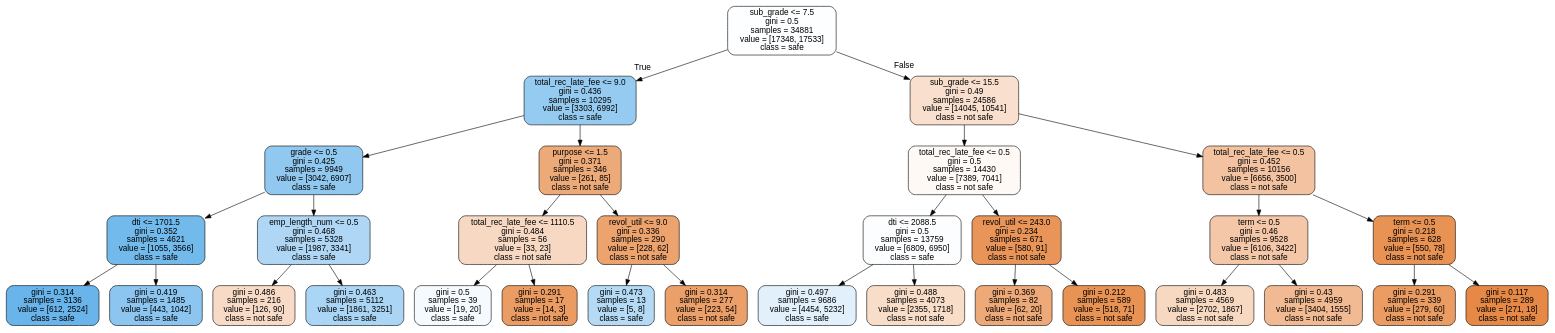
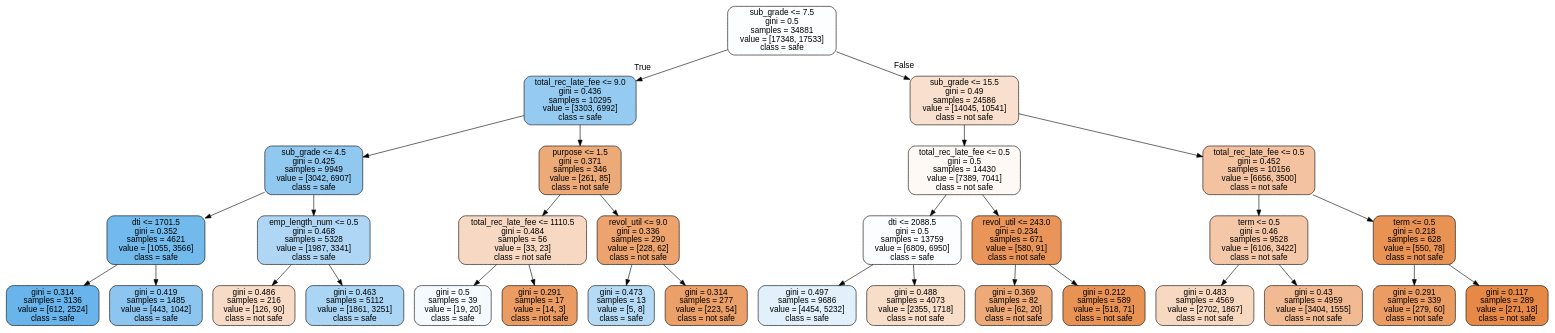
One commit to xiaoxiaoyao/MyApp changed the diagram in jupyter_notebook/safe-loans.dot. Above: the diagram before and after it, drawn with Graphviz. The commit also changed 8 other files, not shown here.

```diff
--- a/jupyter_notebook/safe-loans.dot
+++ b/jupyter_notebook/safe-loans.dot
@@ -1,65 +1,65 @@
 digraph Tree {
 node [shape=box, style="filled, rounded", color="black", fontname=helvetica] ;
 edge [fontname=helvetica] ;
 0 [label="sub_grade <= 7.5\ngini = 0.5\nsamples = 34881\nvalue = [17348, 17533]\nclass = safe", fillcolor="#399de503"] ;
 1 [label="total_rec_late_fee <= 9.0\ngini = 0.436\nsamples = 10295\nvalue = [3303, 6992]\nclass = safe", fillcolor="#399de587"] ;
 0 -> 1 [labeldistance=2.5, labelangle=45, headlabel="True"] ;
-2 [label="grade <= 0.5\ngini = 0.425\nsamples = 9949\nvalue = [3042, 6907]\nclass = safe", fillcolor="#399de58f"] ;
+2 [label="sub_grade <= 4.5\ngini = 0.425\nsamples = 9949\nvalue = [3042, 6907]\nclass = safe", fillcolor="#399de58f"] ;
 1 -> 2 ;
 3 [label="dti <= 1701.5\ngini = 0.352\nsamples = 4621\nvalue = [1055, 3566]\nclass = safe", fillcolor="#399de5b4"] ;
 2 -> 3 ;
 4 [label="gini = 0.314\nsamples = 3136\nvalue = [612, 2524]\nclass = safe", fillcolor="#399de5c1"] ;
 3 -> 4 ;
 5 [label="gini = 0.419\nsamples = 1485\nvalue = [443, 1042]\nclass = safe", fillcolor="#399de593"] ;
 3 -> 5 ;
 6 [label="emp_length_num <= 0.5\ngini = 0.468\nsamples = 5328\nvalue = [1987, 3341]\nclass = safe", fillcolor="#399de567"] ;
 2 -> 6 ;
 7 [label="gini = 0.486\nsamples = 216\nvalue = [126, 90]\nclass = not safe", fillcolor="#e5813949"] ;
 6 -> 7 ;
 8 [label="gini = 0.463\nsamples = 5112\nvalue = [1861, 3251]\nclass = safe", fillcolor="#399de56d"] ;
 6 -> 8 ;
 9 [label="purpose <= 1.5\ngini = 0.371\nsamples = 346\nvalue = [261, 85]\nclass = not safe", fillcolor="#e58139ac"] ;
 1 -> 9 ;
 10 [label="total_rec_late_fee <= 1110.5\ngini = 0.484\nsamples = 56\nvalue = [33, 23]\nclass = not safe", fillcolor="#e581394d"] ;
 9 -> 10 ;
 11 [label="gini = 0.5\nsamples = 39\nvalue = [19, 20]\nclass = safe", fillcolor="#399de50d"] ;
 10 -> 11 ;
 12 [label="gini = 0.291\nsamples = 17\nvalue = [14, 3]\nclass = not safe", fillcolor="#e58139c8"] ;
 10 -> 12 ;
 13 [label="revol_util <= 9.0\ngini = 0.336\nsamples = 290\nvalue = [228, 62]\nclass = not safe", fillcolor="#e58139ba"] ;
 9 -> 13 ;
 14 [label="gini = 0.473\nsamples = 13\nvalue = [5, 8]\nclass = safe", fillcolor="#399de560"] ;
 13 -> 14 ;
 15 [label="gini = 0.314\nsamples = 277\nvalue = [223, 54]\nclass = not safe", fillcolor="#e58139c1"] ;
 13 -> 15 ;
 16 [label="sub_grade <= 15.5\ngini = 0.49\nsamples = 24586\nvalue = [14045, 10541]\nclass = not safe", fillcolor="#e5813940"] ;
 0 -> 16 [labeldistance=2.5, labelangle=-45, headlabel="False"] ;
 17 [label="total_rec_late_fee <= 0.5\ngini = 0.5\nsamples = 14430\nvalue = [7389, 7041]\nclass = not safe", fillcolor="#e581390c"] ;
 16 -> 17 ;
 18 [label="dti <= 2088.5\ngini = 0.5\nsamples = 13759\nvalue = [6809, 6950]\nclass = safe", fillcolor="#399de505"] ;
 17 -> 18 ;
 19 [label="gini = 0.497\nsamples = 9686\nvalue = [4454, 5232]\nclass = safe", fillcolor="#399de526"] ;
 18 -> 19 ;
 20 [label="gini = 0.488\nsamples = 4073\nvalue = [2355, 1718]\nclass = not safe", fillcolor="#e5813945"] ;
 18 -> 20 ;
 21 [label="revol_util <= 243.0\ngini = 0.234\nsamples = 671\nvalue = [580, 91]\nclass = not safe", fillcolor="#e58139d7"] ;
 17 -> 21 ;
 22 [label="gini = 0.369\nsamples = 82\nvalue = [62, 20]\nclass = not safe", fillcolor="#e58139ad"] ;
 21 -> 22 ;
 23 [label="gini = 0.212\nsamples = 589\nvalue = [518, 71]\nclass = not safe", fillcolor="#e58139dc"] ;
 21 -> 23 ;
 24 [label="total_rec_late_fee <= 0.5\ngini = 0.452\nsamples = 10156\nvalue = [6656, 3500]\nclass = not safe", fillcolor="#e5813979"] ;
 16 -> 24 ;
 25 [label="term <= 0.5\ngini = 0.46\nsamples = 9528\nvalue = [6106, 3422]\nclass = not safe", fillcolor="#e5813970"] ;
 24 -> 25 ;
 26 [label="gini = 0.483\nsamples = 4569\nvalue = [2702, 1867]\nclass = not safe", fillcolor="#e581394f"] ;
 25 -> 26 ;
 27 [label="gini = 0.43\nsamples = 4959\nvalue = [3404, 1555]\nclass = not safe", fillcolor="#e581398b"] ;
 25 -> 27 ;
 28 [label="term <= 0.5\ngini = 0.218\nsamples = 628\nvalue = [550, 78]\nclass = not safe", fillcolor="#e58139db"] ;
 24 -> 28 ;
 29 [label="gini = 0.291\nsamples = 339\nvalue = [279, 60]\nclass = not safe", fillcolor="#e58139c8"] ;
 28 -> 29 ;
 30 [label="gini = 0.117\nsamples = 289\nvalue = [271, 18]\nclass = not safe", fillcolor="#e58139ee"] ;
 28 -> 30 ;
 }
```
